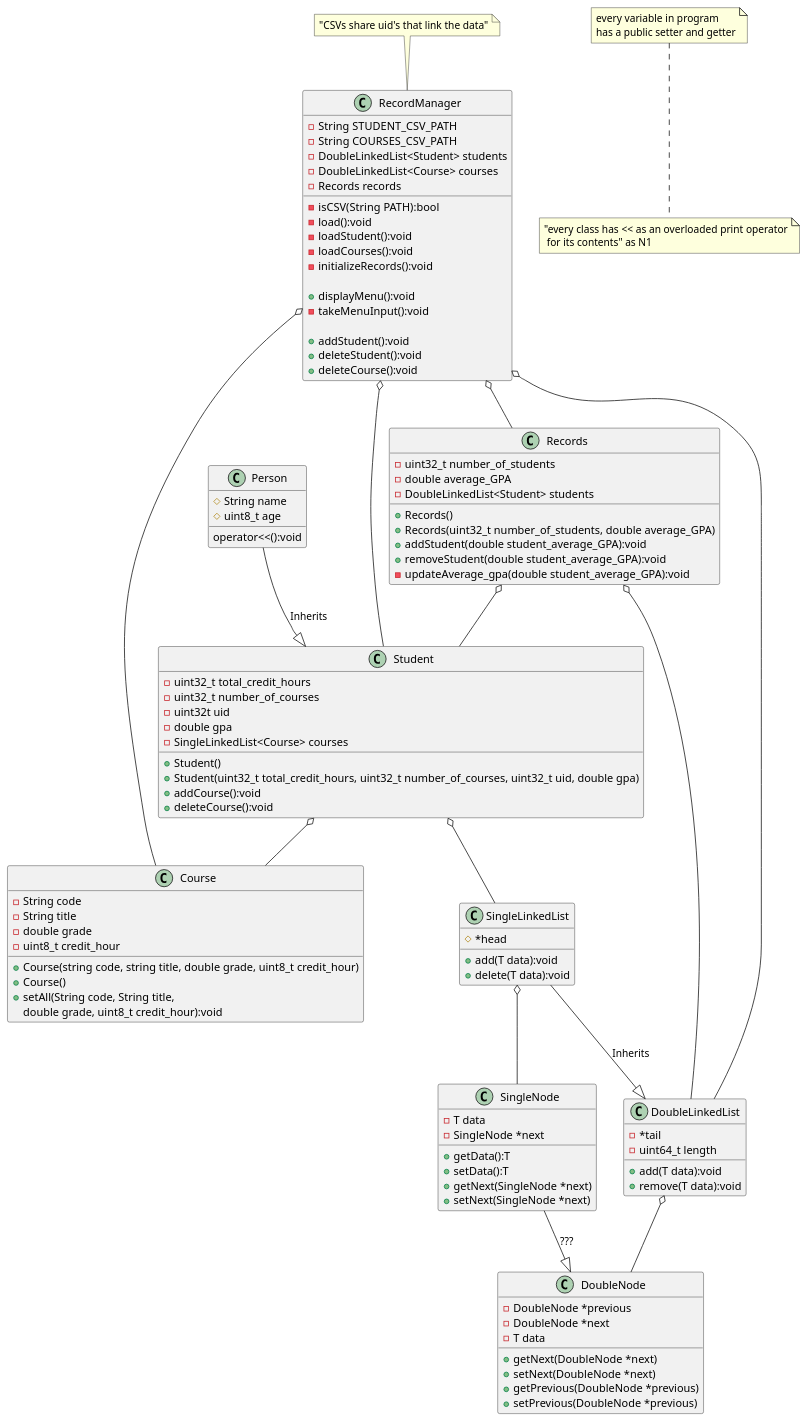
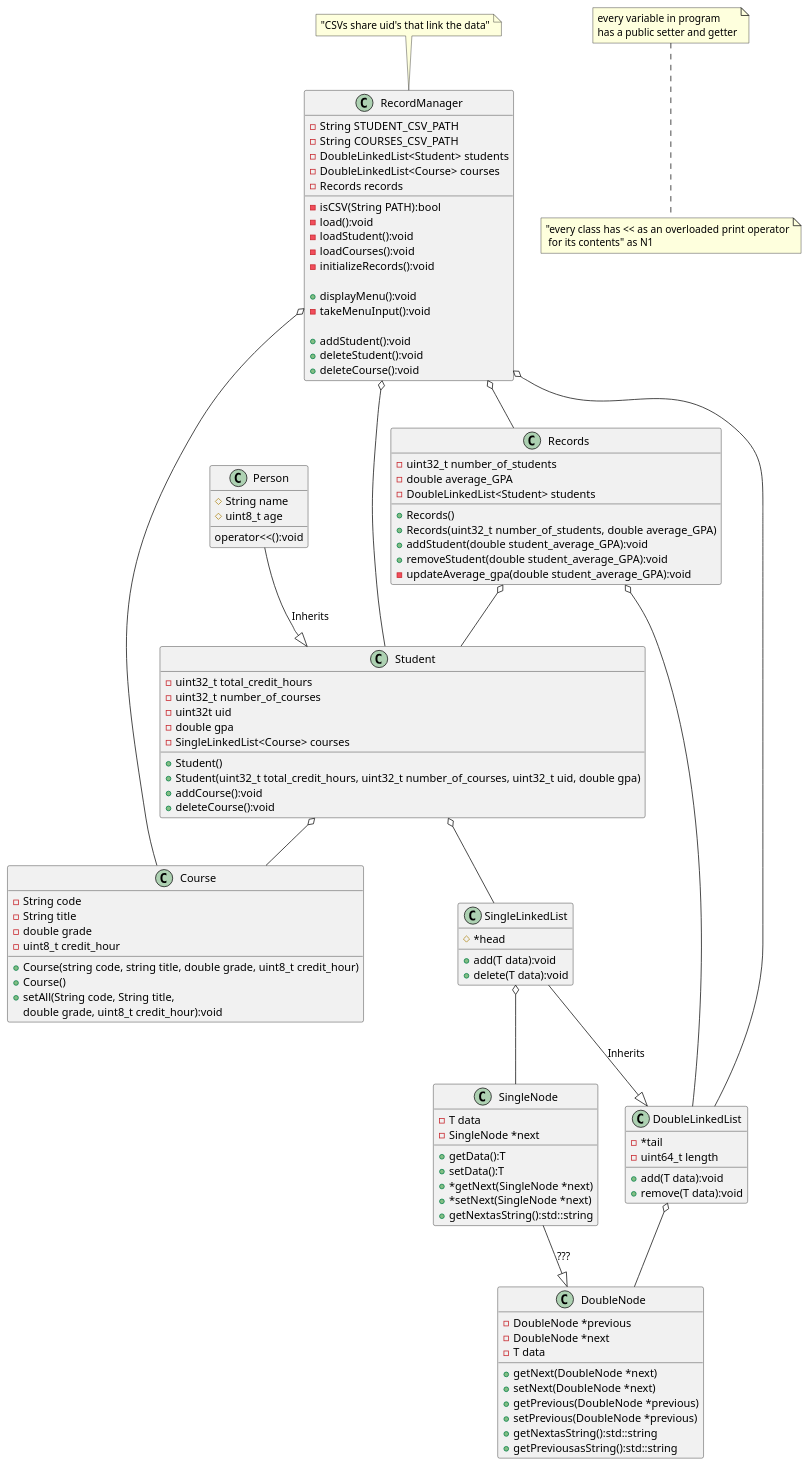
Before and after one commit to Andrew-Shepard/SimpleStudentRecordSystem: the diagram in uml/ClassDiagram.puml, drawn with PlantUML. The commit also changed 6 other files, not shown here.

Commit message:
Added overloaded print for SingleNode.h, DoubleNode.h, DoubleLinkedList.h. Implemented DoubleNode.h and DoubleLinkedList.h

```diff
--- a/uml/ClassDiagram.puml
+++ b/uml/ClassDiagram.puml
@@ -1,114 +1,117 @@
 @startuml
 
 class Person {
     #String name
     #uint8_t age
 
     operator<<():void
 }
 
 class Course {
     -String code
     -String title
     -double grade
     -uint8_t credit_hour
 
     +Course(string code, string title, double grade, uint8_t credit_hour)
     +Course()
     +setAll(String code, String title,
         double grade, uint8_t credit_hour):void
 }
 class SingleLinkedList{
     #*head
 
     +add(T data):void
     +delete(T data):void
 }
 class DoubleLinkedList{
     -*tail
     -uint64_t length
 
     +add(T data):void
     +remove(T data):void
 }
 class SingleNode{
     -T data
     -SingleNode *next
 
     +getData():T
     +setData():T
-    +getNext(SingleNode *next)
-    +setNext(SingleNode *next)
+    +*getNext(SingleNode *next)
+    +*setNext(SingleNode *next)
+    +getNextasString():std::string
 }
 class DoubleNode{
     -DoubleNode *previous
     -DoubleNode *next
     -T data
 
     +getNext(DoubleNode *next)
     +setNext(DoubleNode *next)
     +getPrevious(DoubleNode *previous)
     +setPrevious(DoubleNode *previous)
+    +getNextasString():std::string
+    +getPreviousasString():std::string
 }
 class RecordManager{
     -String STUDENT_CSV_PATH
     -String COURSES_CSV_PATH
     -DoubleLinkedList<Student> students
     -DoubleLinkedList<Course> courses
     -Records records
 
     -isCSV(String PATH):bool
     -load():void
     -loadStudent():void
     -loadCourses():void
     -initializeRecords():void
 
     +displayMenu():void
     -takeMenuInput():void
 
     +addStudent():void
     +deleteStudent():void
     +deleteCourse():void
 }
 class Student{
     -uint32_t total_credit_hours
     -uint32_t number_of_courses
     -uint32t uid
     -double gpa
     -SingleLinkedList<Course> courses
 
     +Student()
     +Student(uint32_t total_credit_hours, uint32_t number_of_courses, uint32_t uid, double gpa)
     +addCourse():void
     +deleteCourse():void
 }
 class Records{
     -uint32_t number_of_students
     -double average_GPA
     -DoubleLinkedList<Student> students
 
     +Records()
     +Records(uint32_t number_of_students, double average_GPA)
     +addStudent(double student_average_GPA):void
     +removeStudent(double student_average_GPA):void
     -updateAverage_gpa(double student_average_GPA):void
 }
 Person --|> Student : Inherits
 Student o-- SingleLinkedList
 Records o-- DoubleLinkedList
 Student o-- Course
 Records o-- Student
 RecordManager o-- DoubleLinkedList
 RecordManager o-- Records
 RecordManager o-- Student
 RecordManager o-- Course
 SingleLinkedList o-- SingleNode
 DoubleLinkedList o-- DoubleNode
 
 SingleLinkedList --|> DoubleLinkedList : Inherits
 SingleNode --|> DoubleNode : ???
 
 note "every variable in program\nhas a public setter and getter" as N2
 note bottom of N2 : "every class has << as an overloaded print operator\n for its contents" as N1
 note top of RecordManager : "CSVs share uid's that link the data"
 @enduml
```
